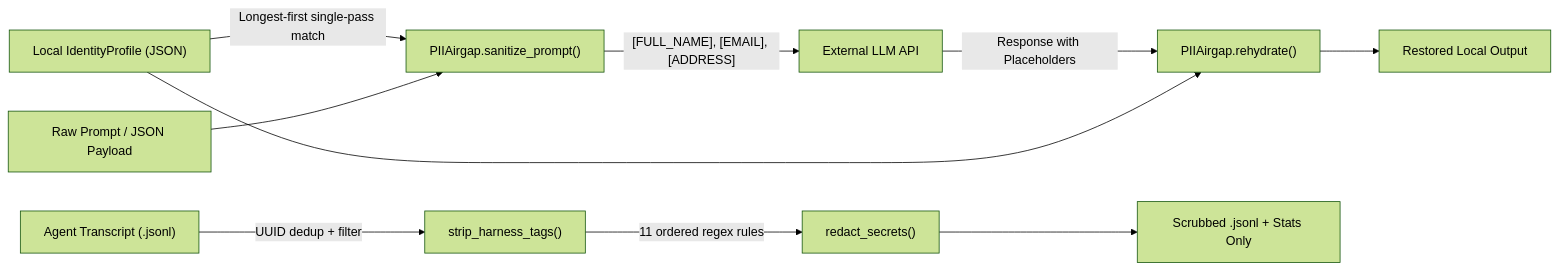
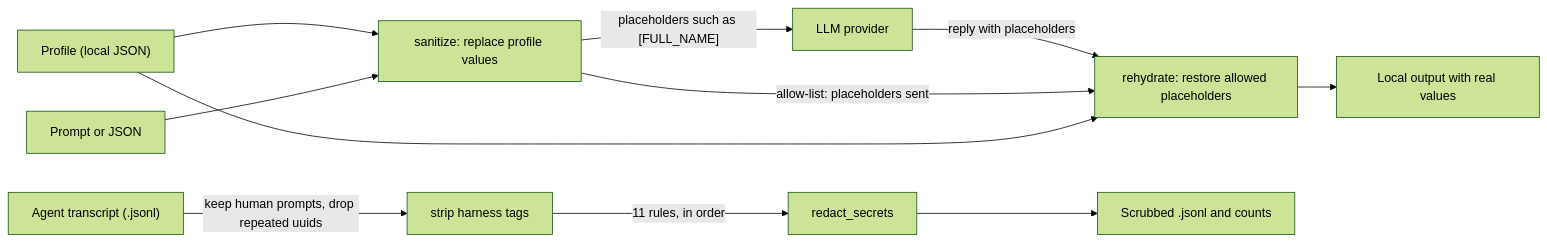
Before and after one commit to ltchaotic23/llm-pii-airgap: the diagram in README.md, drawn with Mermaid (forest theme). The commit also changed other lines of this file and 30 other files, not shown here.

First line of the commit message:
Prepare 0.2.0: require a rehydrate allow-list and harden scrubbing and input handling

````diff
--- a/README.md
+++ b/README.md
@@ -14,13 +445,14 @@
 ```mermaid
 flowchart LR
-    P["Local IdentityProfile (JSON)"] -->|"Longest-first single-pass match"| S["PIIAirgap.sanitize_prompt()"]
-    U["Raw Prompt / JSON Payload"] --> S
-    S -->|"[FULL_NAME], [EMAIL], [ADDRESS]"| API["External LLM API"]
-    API -->|"Response with Placeholders"| R["PIIAirgap.rehydrate()"]
+    P["Profile (local JSON)"] --> S["sanitize: replace profile values"]
+    U["Prompt or JSON"] --> S
+    S -->|"placeholders such as [FULL_NAME]"| API["LLM provider"]
+    API -->|"reply with placeholders"| R["rehydrate: restore allowed placeholders"]
+    S -->|"allow-list: placeholders sent"| R
     P --> R
-    R --> Out["Restored Local Output"]
+    R --> Out["Local output with real values"]
 
-    J["Agent Transcript (.jsonl)"] -->|"UUID dedup + filter"| H["strip_harness_tags()"]
-    H -->|"11 ordered regex rules"| Sc["redact_secrets()"]
-    Sc --> Clean["Scrubbed .jsonl + Stats Only"]
+    J["Agent transcript (.jsonl)"] -->|"keep human prompts, drop repeated uuids"| H["strip harness tags"]
+    H -->|"11 rules, in order"| Sc["redact_secrets"]
+    Sc --> Clean["Scrubbed .jsonl and counts"]
 ```
````
